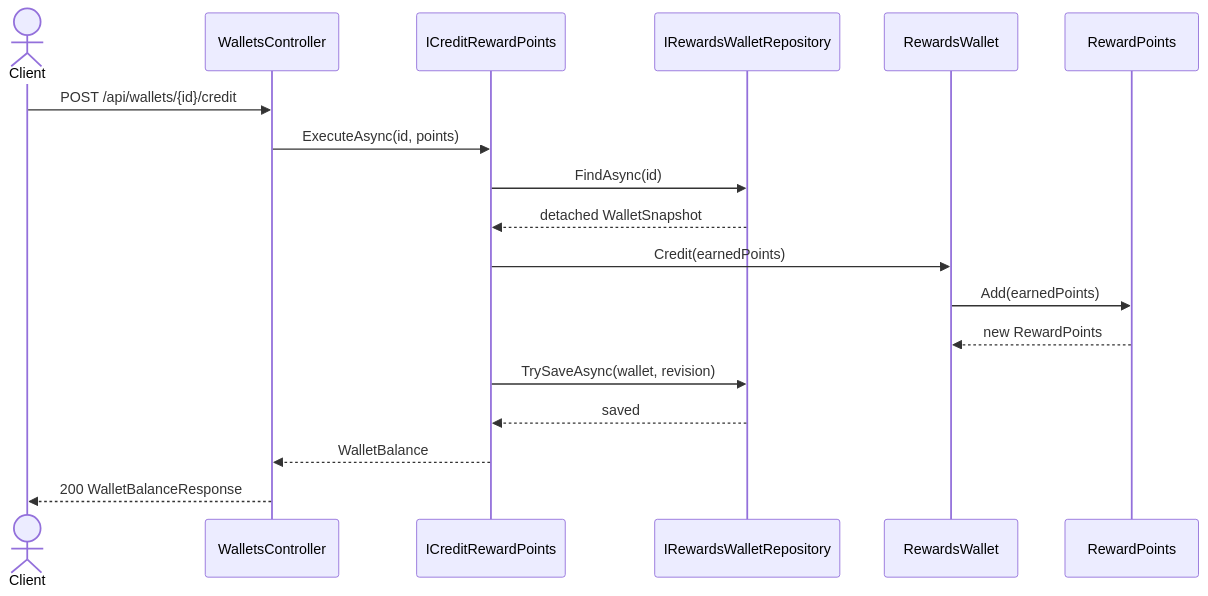
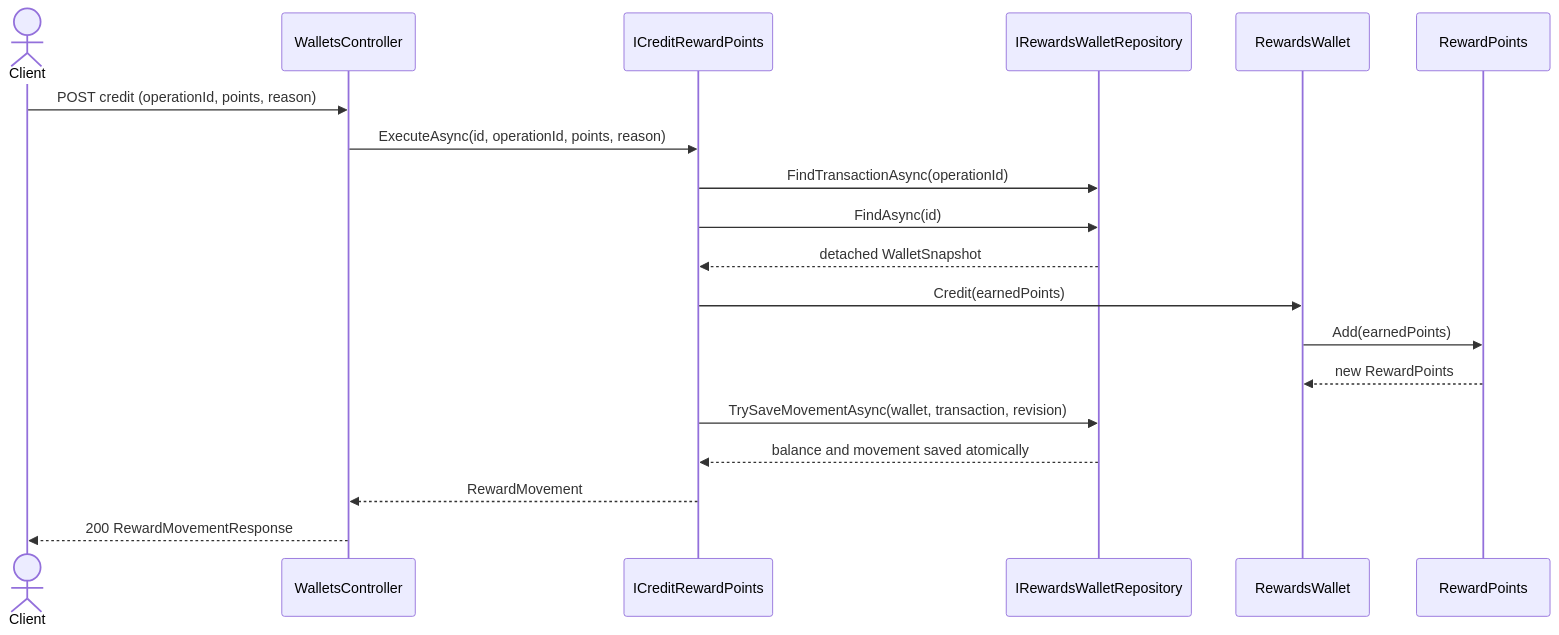
Before and after one commit to rfulgencio3/RewardFlow.SuppleDesign: the first of 4 diagrams in README.md, drawn with Mermaid. The commit also changed other lines of this file and 27 other files, not shown here.

Commit message:
feat: add idempotent reward transaction ledger (#15)

````diff
--- a/README.md
+++ b/README.md
@@ -174,21 +178,22 @@
 ```mermaid
 sequenceDiagram
     actor Client
     participant API as WalletsController
     participant UseCase as ICreditRewardPoints
     participant Repository as IRewardsWalletRepository
     participant Wallet as RewardsWallet
     participant Points as RewardPoints
 
-    Client->>API: POST /api/wallets/{id}/credit
-    API->>UseCase: ExecuteAsync(id, points)
+    Client->>API: POST credit (operationId, points, reason)
+    API->>UseCase: ExecuteAsync(id, operationId, points, reason)
+    UseCase->>Repository: FindTransactionAsync(operationId)
     UseCase->>Repository: FindAsync(id)
     Repository-->>UseCase: detached WalletSnapshot
     UseCase->>Wallet: Credit(earnedPoints)
     Wallet->>Points: Add(earnedPoints)
     Points-->>Wallet: new RewardPoints
-    UseCase->>Repository: TrySaveAsync(wallet, revision)
-    Repository-->>UseCase: saved
-    UseCase-->>API: WalletBalance
-    API-->>Client: 200 WalletBalanceResponse
+    UseCase->>Repository: TrySaveMovementAsync(wallet, transaction, revision)
+    Repository-->>UseCase: balance and movement saved atomically
+    UseCase-->>API: RewardMovement
+    API-->>Client: 200 RewardMovementResponse
 ```
````
